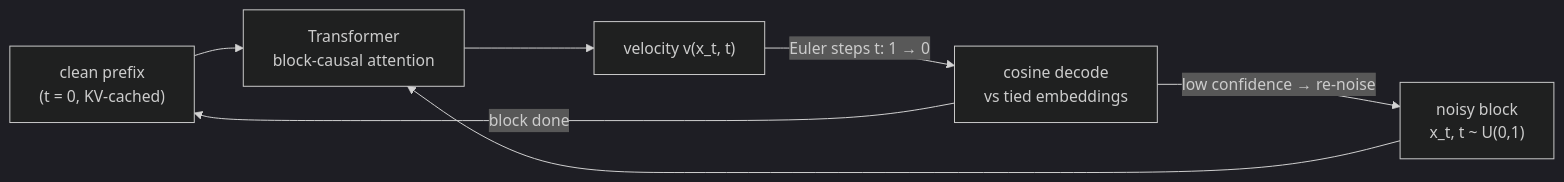
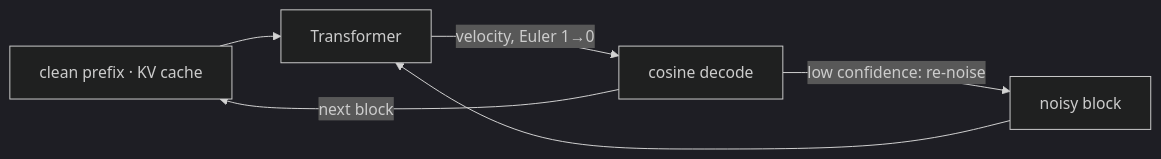
One commit to erdmee/DLLM changed the diagram in README.md. Above: the diagram before and after it, drawn with Mermaid (dark theme). The commit also changed other lines of this file, not shown here.

````diff
--- a/README.md
+++ b/README.md
@@ -6,9 +5,8 @@
 ```mermaid
 flowchart LR
-    P["clean prefix<br/>(t = 0, KV-cached)"] --> T
-    N["noisy block<br/>x_t, t ~ U(0,1)"] --> T
-    T["Transformer<br/>block-causal attention"] --> V["velocity v(x_t, t)"]
-    V -->|"Euler steps t: 1 → 0"| D["cosine decode<br/>vs tied embeddings"]
-    D -->|"low confidence → re-noise"| N
-    D -->|"block done"| P
+    P["clean prefix · KV cache"] --> T["Transformer"]
+    N["noisy block"] --> T
+    T -->|"velocity, Euler 1→0"| D["cosine decode"]
+    D -->|"low confidence: re-noise"| N
+    D -->|"next block"| P
 ```
````
